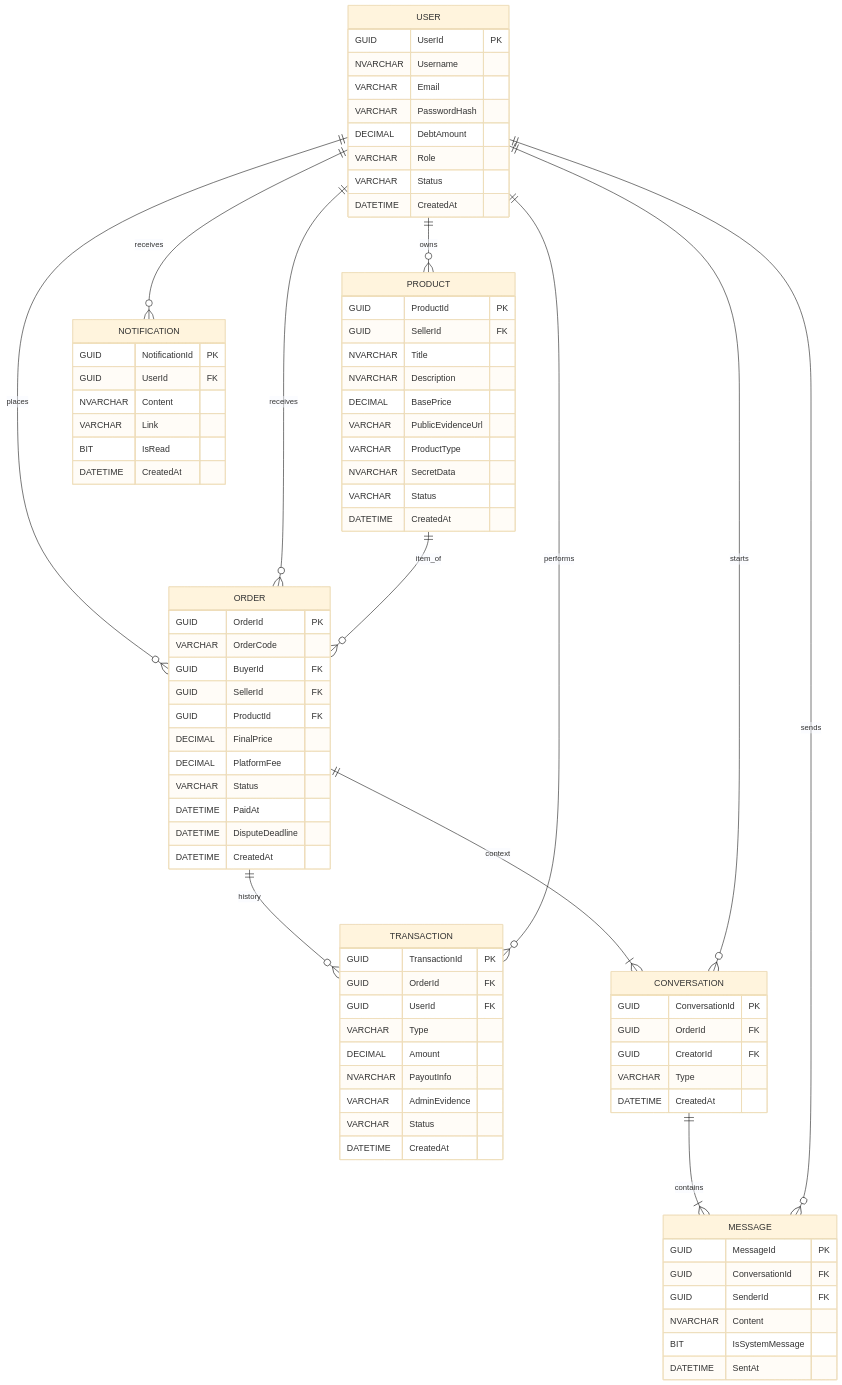
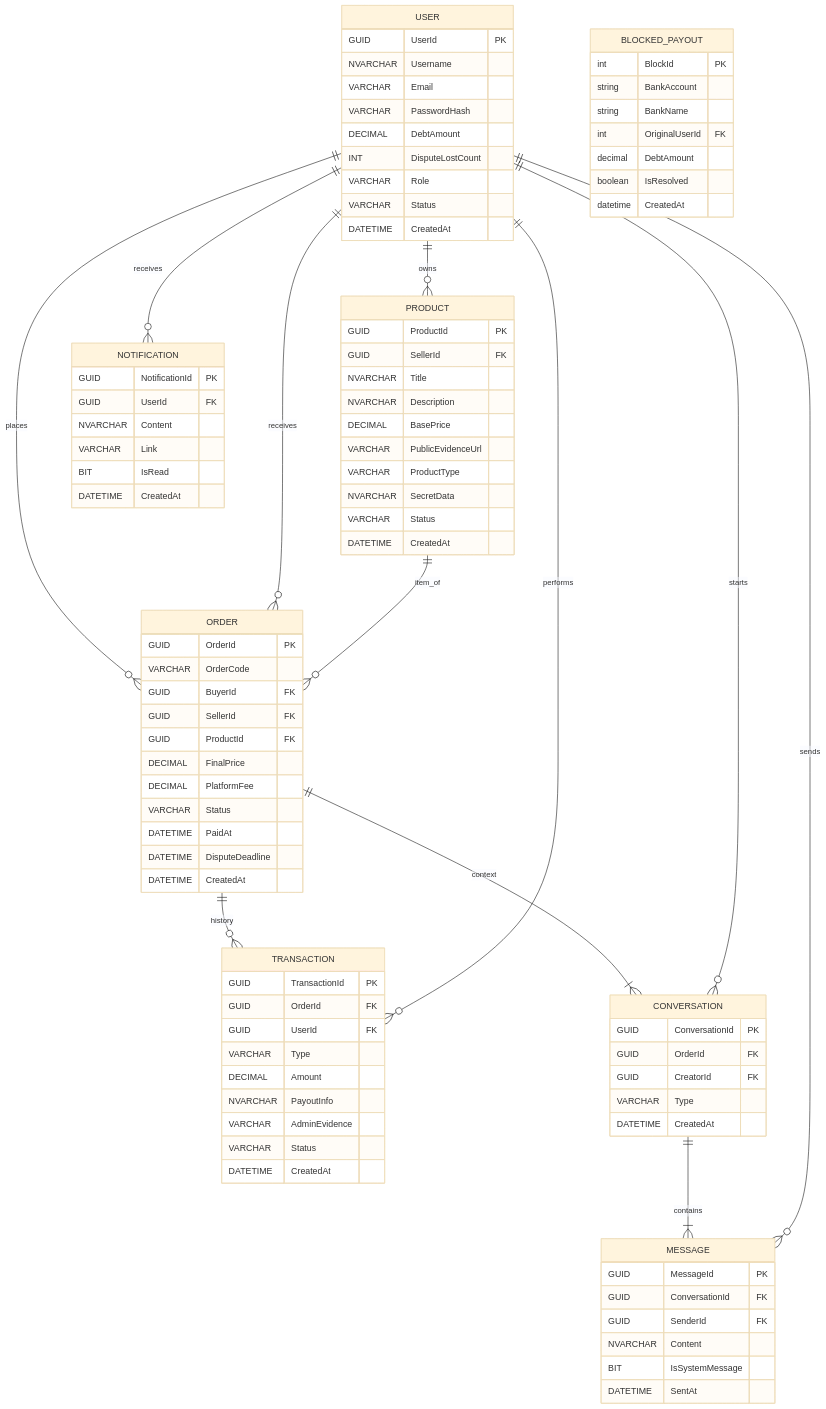
The diagram in docs/diagrams/ERD_Physical.md (dominic2-2/Swaptem), drawn with Mermaid (base theme) before and after one commit.

Commit message:
Update ERD with new fields and BLOCKED_PAYOUT table
Added DisputeLostCount to USER table and created BLOCKED_PAYOUT table.

```diff
--- a/docs/diagrams/ERD_Physical.md
+++ b/docs/diagrams/ERD_Physical.md
@@ -7,6 +7,7 @@
         VARCHAR Email
         VARCHAR PasswordHash
         DECIMAL DebtAmount
+        INT DisputeLostCount
         VARCHAR Role
         VARCHAR Status
         DATETIME CreatedAt
@@ -77,6 +78,16 @@
         DATETIME CreatedAt
     }
 
+    BLOCKED_PAYOUT {
+        int BlockId PK
+        string BankAccount
+        string BankName
+        int OriginalUserId FK
+        decimal DebtAmount
+        boolean IsResolved
+        datetime CreatedAt
+    }
+
     %% --- RELATIONSHIPS ---
     USER ||--o{ PRODUCT : owns
     USER ||--o{ ORDER : places
```
